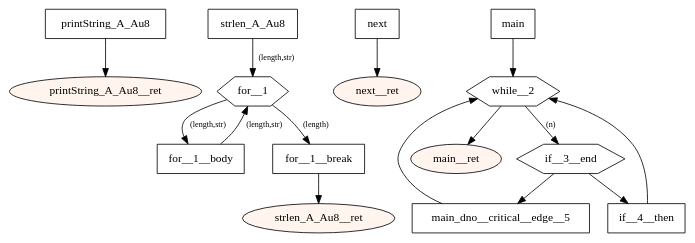
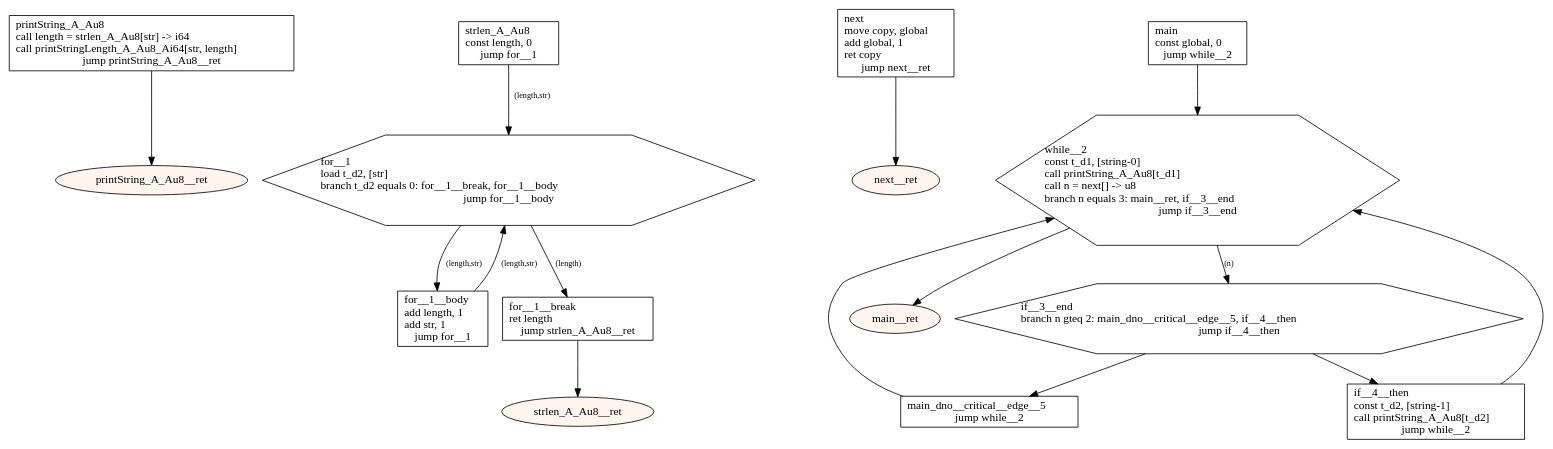
One commit to tmssngr/tinyC changed the diagram in src/main/resources-test/compiler/windows/global vars2.dot. Above: the diagram before and after it, drawn with Graphviz. The commit also changed 23 other files, not shown here.

```diff
--- a/src/main/resources-test/compiler/windows/global vars2.dot
+++ b/src/main/resources-test/compiler/windows/global vars2.dot
@@ -1,40 +1,40 @@
 digraph program {
 	edge[fontsize="10pt"];
 	subgraph fn_printString_A_Au8 {
-		BasicBlock_0_printString_A_Au8 [label="printString_A_Au8",shape=box];
+		BasicBlock_0_printString_A_Au8 [label="printString_A_Au8\lcall length = strlen_A_Au8[str] -> i64\lcall printStringLength_A_Au8_Ai64[str, length]\ljump printString_A_Au8__ret",shape=box];
 		BasicBlock_0_printString_A_Au8 -> BasicBlock_0_printString_A_Au8__ret;
 		BasicBlock_0_printString_A_Au8__ret [label="printString_A_Au8__ret",shape=oval,style=filled,fillcolor="#fff5ee"];
 	}
 	subgraph fn_strlen_A_Au8 {
-		BasicBlock_1_strlen_A_Au8 [label="strlen_A_Au8",shape=box];
+		BasicBlock_1_strlen_A_Au8 [label="strlen_A_Au8\lconst length, 0\ljump for__1",shape=box];
 		BasicBlock_1_strlen_A_Au8 -> BasicBlock_1_for__1 [label="(length,str)"];
-		BasicBlock_1_for__1__body [label="for__1__body",shape=box];
+		BasicBlock_1_for__1__body [label="for__1__body\ladd length, 1\ladd str, 1\ljump for__1",shape=box];
 		BasicBlock_1_for__1__body -> BasicBlock_1_for__1 [label="(length,str)"];
-		BasicBlock_1_for__1 [label="for__1",shape=hexagon];
+		BasicBlock_1_for__1 [label="for__1\lload t_d2, [str]\lbranch t_d2 equals 0: for__1__break, for__1__body\ljump for__1__body",shape=hexagon];
 		BasicBlock_1_for__1 -> BasicBlock_1_for__1__break [label="(length)"];
 		BasicBlock_1_for__1 -> BasicBlock_1_for__1__body [label="(length,str)"];
-		BasicBlock_1_for__1__break [label="for__1__break",shape=box];
+		BasicBlock_1_for__1__break [label="for__1__break\lret length\ljump strlen_A_Au8__ret",shape=box];
 		BasicBlock_1_for__1__break -> BasicBlock_1_strlen_A_Au8__ret;
 		BasicBlock_1_strlen_A_Au8__ret [label="strlen_A_Au8__ret",shape=oval,style=filled,fillcolor="#fff5ee"];
 	}
 	subgraph fn_next {
-		BasicBlock_2_next [label="next",shape=box];
+		BasicBlock_2_next [label="next\lmove copy, global\ladd global, 1\lret copy\ljump next__ret",shape=box];
 		BasicBlock_2_next -> BasicBlock_2_next__ret;
 		BasicBlock_2_next__ret [label="next__ret",shape=oval,style=filled,fillcolor="#fff5ee"];
 	}
 	subgraph fn_main {
-		BasicBlock_3_main [label="main",shape=box];
+		BasicBlock_3_main [label="main\lconst global, 0\ljump while__2",shape=box];
 		BasicBlock_3_main -> BasicBlock_3_while__2;
-		BasicBlock_3_if__3__end [label="if__3__end",shape=hexagon];
+		BasicBlock_3_if__3__end [label="if__3__end\lbranch n gteq 2: main_dno__critical__edge__5, if__4__then\ljump if__4__then",shape=hexagon];
 		BasicBlock_3_if__3__end -> BasicBlock_3_main_dno__critical__edge__5;
 		BasicBlock_3_if__3__end -> BasicBlock_3_if__4__then;
-		BasicBlock_3_main_dno__critical__edge__5 [label="main_dno__critical__edge__5",shape=box];
+		BasicBlock_3_main_dno__critical__edge__5 [label="main_dno__critical__edge__5\ljump while__2",shape=box];
 		BasicBlock_3_main_dno__critical__edge__5 -> BasicBlock_3_while__2;
-		BasicBlock_3_if__4__then [label="if__4__then",shape=box];
+		BasicBlock_3_if__4__then [label="if__4__then\lconst t_d2, [string-1]\lcall printString_A_Au8[t_d2]\ljump while__2",shape=box];
 		BasicBlock_3_if__4__then -> BasicBlock_3_while__2;
-		BasicBlock_3_while__2 [label="while__2",shape=hexagon];
+		BasicBlock_3_while__2 [label="while__2\lconst t_d1, [string-0]\lcall printString_A_Au8[t_d1]\lcall n = next[] -> u8\lbranch n equals 3: main__ret, if__3__end\ljump if__3__end",shape=hexagon];
 		BasicBlock_3_while__2 -> BasicBlock_3_main__ret;
 		BasicBlock_3_while__2 -> BasicBlock_3_if__3__end [label="(n)"];
 		BasicBlock_3_main__ret [label="main__ret",shape=oval,style=filled,fillcolor="#fff5ee"];
 	}
 }
```
